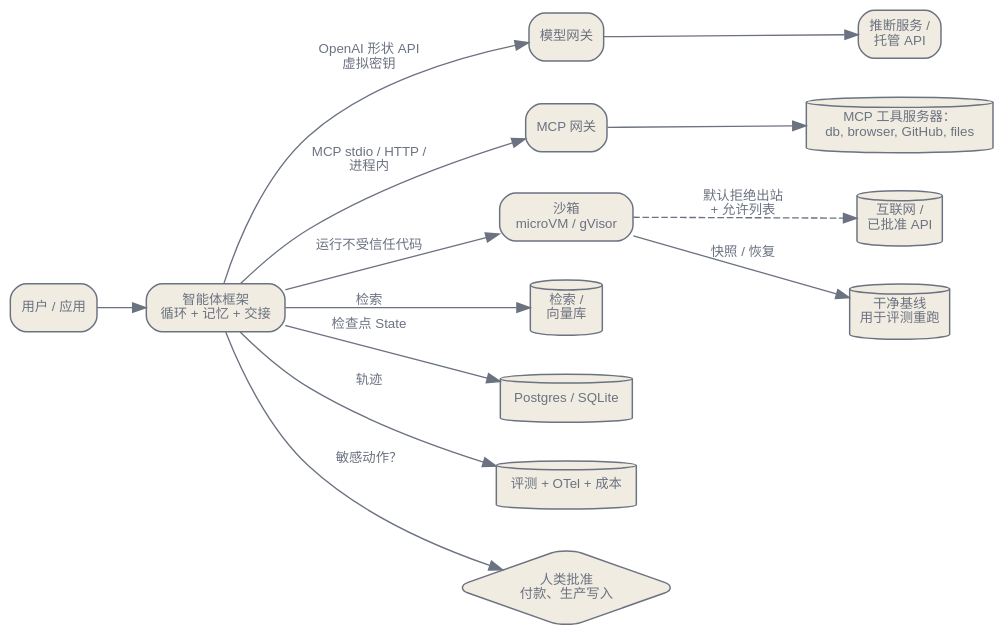
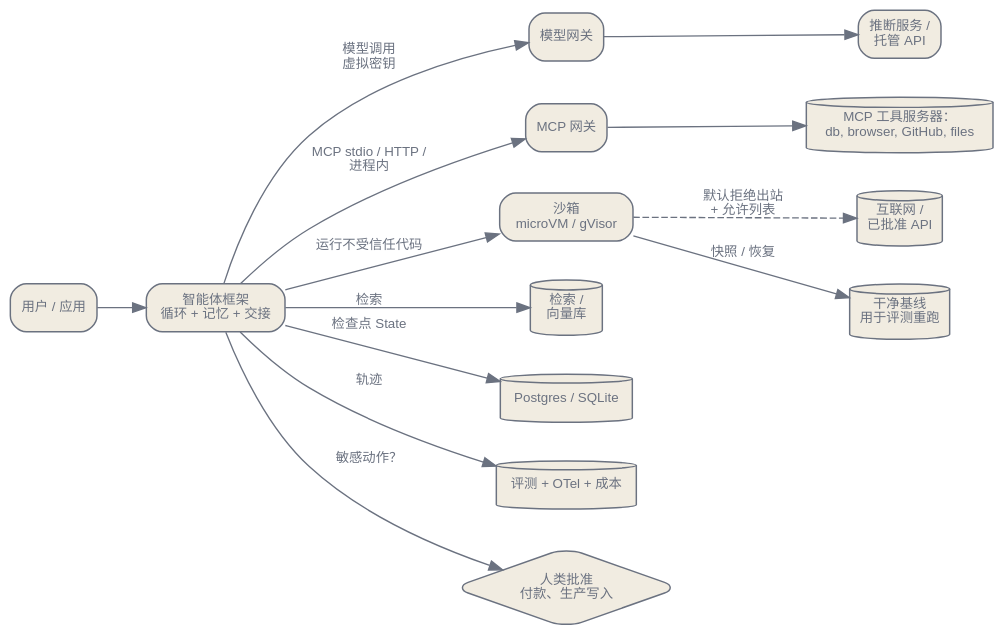
The diagram in zh/practice/05-agents-and-sandboxes.qmd (latere-ai/ai-as-an-infrastructure), drawn with Graphviz before and after one commit. The commit also changed other lines of this file and 3 other files, not shown here.

````diff
--- a/zh/practice/05-agents-and-sandboxes.qmd
+++ b/zh/practice/05-agents-and-sandboxes.qmd
@@ -201,38 +201,38 @@
 ```{dot}
 //| label: fig-agent-runtime
 //| fig-cap: "生产智能体运行时。框架不持有提供方密钥、也不持有原始凭据；模型访问、工具访问、计算访问各自经一个受治理的接缝伸进来。"
 digraph {
   bgcolor="transparent";
   rankdir=LR;
   nodesep=0.4; ranksep=0.5;
   node [shape=box, style="rounded,filled", fontname="Helvetica", fontsize=10, color="#6b7280", fontcolor="#6b7280", fillcolor="#f1ece1", penwidth=1.1];
   edge [fontsize=10, fontname="Helvetica", color="#6b7280", fontcolor="#6b7280"];
 
   user [label="用户 / 应用"];
   agent [label="智能体框架\n循环 + 记忆 + 交接"];
   gw [label="模型网关"];
   serve [label="推断服务 /\n托管 API"];
   mcpgw [label="MCP 网关"];
   tools [label="MCP 工具服务器：\ndb, browser, GitHub, files", shape=cylinder];
   sb [label="沙箱\nmicroVM / gVisor"];
   net [label="互联网 /\n已批准 API", shape=cylinder];
   snap [label="干净基线\n用于评测重跑", shape=cylinder];
   rag [label="检索 /\n向量库", shape=cylinder];
   ckpt [label="Postgres / SQLite", shape=cylinder];
   obs [label="评测 + OTel + 成本", shape=cylinder];
   human [label="人类批准\n付款、生产写入", shape=diamond];
 
   user -> agent;
-  agent -> gw [label="OpenAI 形状 API\n虚拟密钥"];
+  agent -> gw [label="模型调用\n虚拟密钥"];
   gw -> serve;
   agent -> mcpgw [label="MCP stdio / HTTP /\n进程内"];
   mcpgw -> tools;
   agent -> sb [label="运行不受信任代码"];
   sb -> net [style=dashed, label="默认拒绝出站\n+ 允许列表"];
   sb -> snap [label="快照 / 恢复"];
   agent -> rag [label="检索"];
   agent -> ckpt [label="检查点 State"];
   agent -> obs [label="轨迹"];
   agent -> human [label="敏感动作？"];
 }
 ```
````
